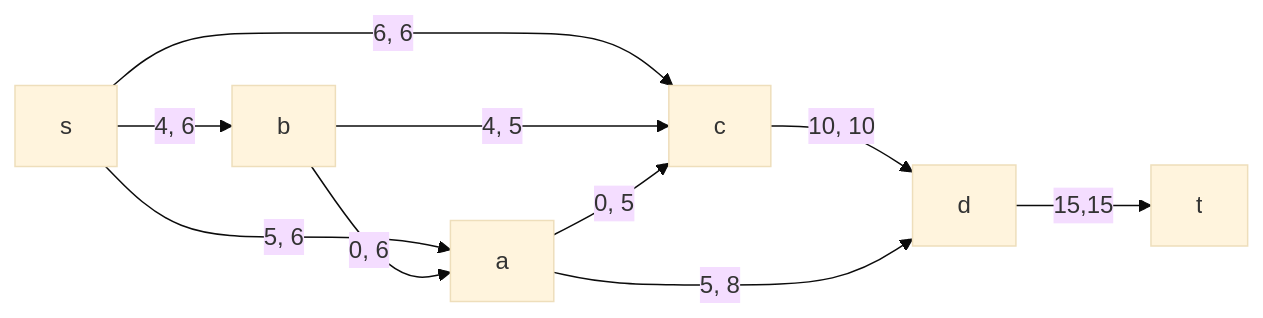
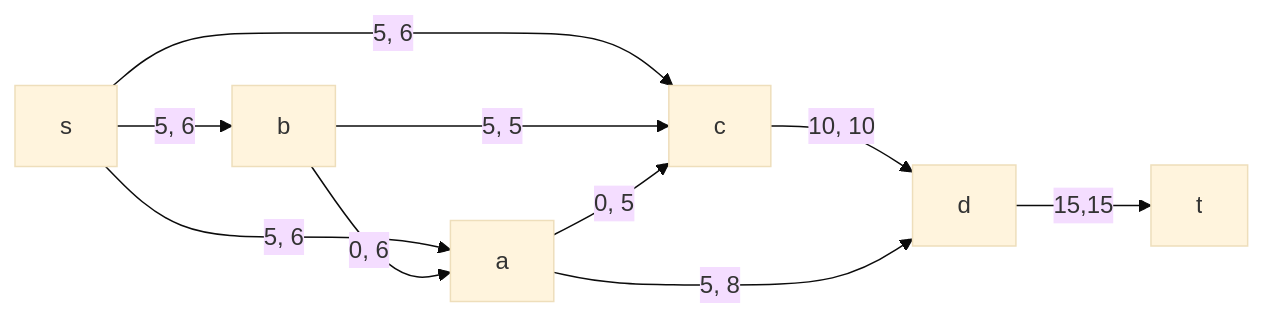
One commit to hse-algo-24-owl/manual-tasks-owl changed diagram 13 of 13 in task-10/first.md. Above: the diagram before and after it, drawn with Mermaid (base theme). The commit also changed other lines of this file, not shown here.

````diff
--- a/task-10/first.md
+++ b/task-10/first.md
@@ -284,12 +284,12 @@
 ```mermaid
 graph LR
     s-->|5, 6|a
-    s-->|4, 6|b
-    s-->|6, 6|c
+    s-->|5, 6|b
+    s-->|5, 6|c
     b-->|0, 6|a
-    b-->|4, 5|c
+    b-->|5, 5|c
     c-->|10, 10|d
     a-->|0, 5|c
     a-->|5, 8|d
     d-->|15,15|t
 ```
````
